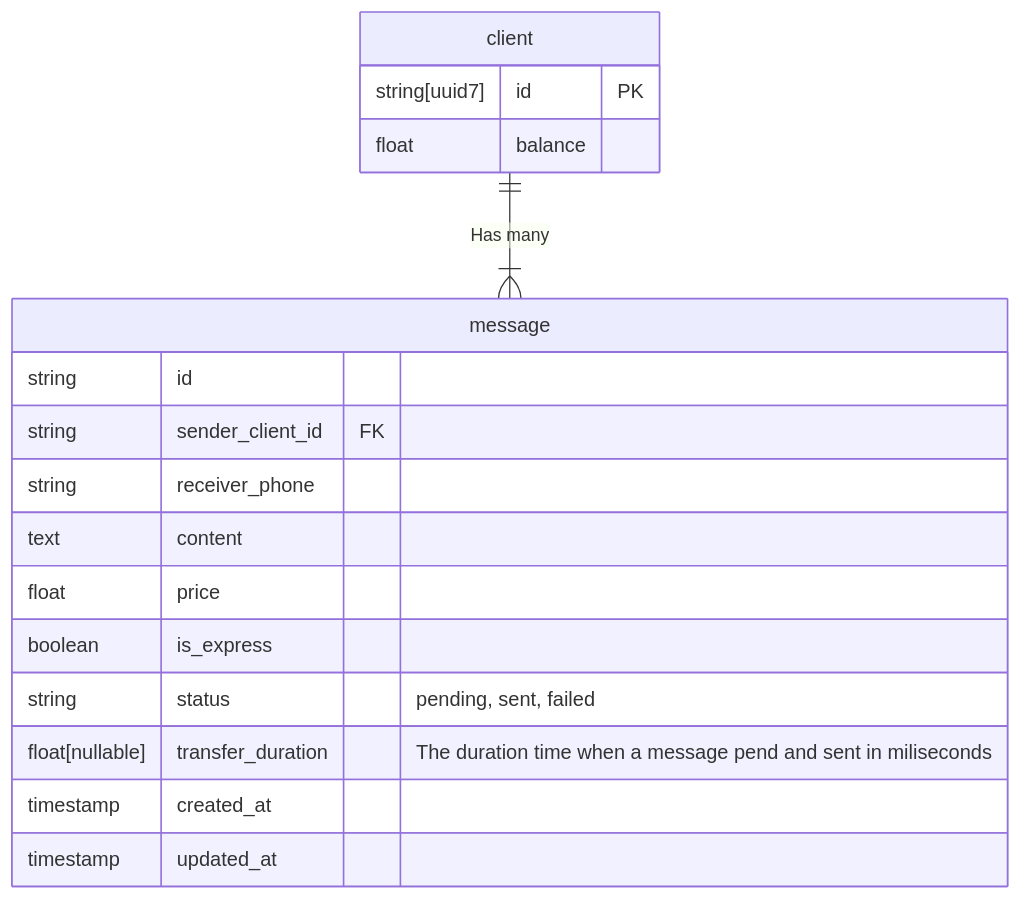
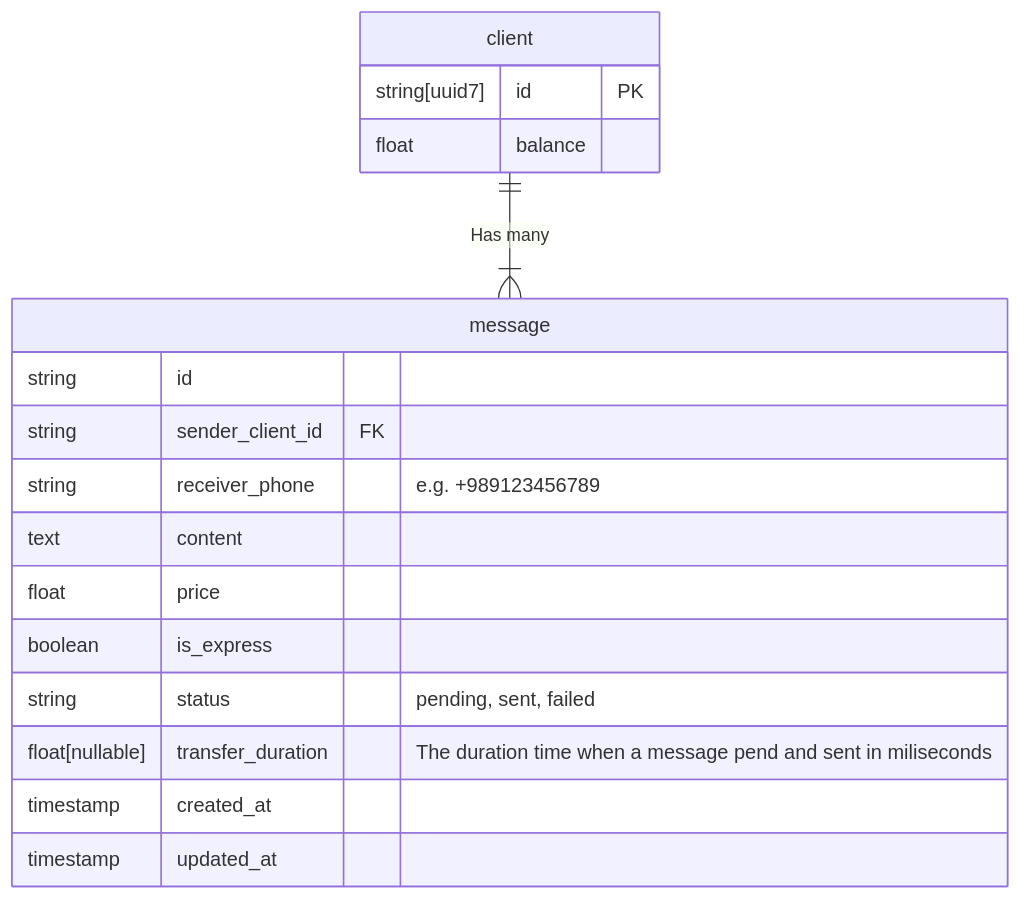
The diagram in docs/entities.md (kadsin/sms-gateway), drawn with Mermaid before and after one commit. The commit also changed 13 other files, not shown here.

````diff
--- a/docs/entities.md
+++ b/docs/entities.md
@@ -1,20 +1,20 @@
 ```mermaid
 erDiagram
     client {
         string[uuid7] id PK
         float balance
     }
     message {
         string id
         string sender_client_id FK
-        string receiver_phone
+        string receiver_phone "e.g. +989123456789"
         text content
         float price
         boolean is_express
         string status "pending, sent, failed"
 		float[nullable] transfer_duration "The duration time when a message pend and sent in miliseconds"
 		timestamp created_at
 		timestamp updated_at
     }
 	client 1 to 1+ message : "Has many"
 ```
````
